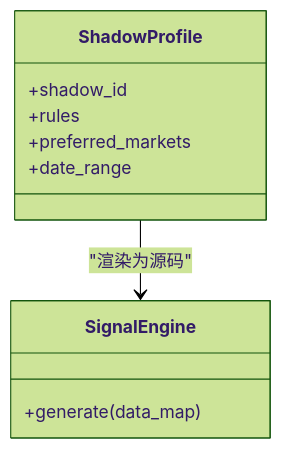
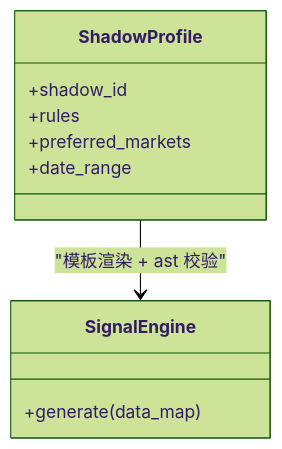
One commit to hjfire/vibe-trading-fw changed the fourth of 7 diagrams in repowiki/topics/安全与治理/影子账户.md. Above: the diagram before and after it, drawn with Mermaid (forest theme). The commit also changed other lines of this file and 5 other files, not shown here.

````diff
--- a/repowiki/topics/安全与治理/影子账户.md
+++ b/repowiki/topics/安全与治理/影子账户.md
@@ -167,13 +218,13 @@
 ```mermaid
 classDiagram
 class ShadowProfile {
 +shadow_id
 +rules
 +preferred_markets
 +date_range
 }
 class SignalEngine {
 +generate(data_map)
 }
-ShadowProfile --> SignalEngine : "渲染为源码"
+ShadowProfile --> SignalEngine : "模板渲染 + ast 校验"
 ```
````
